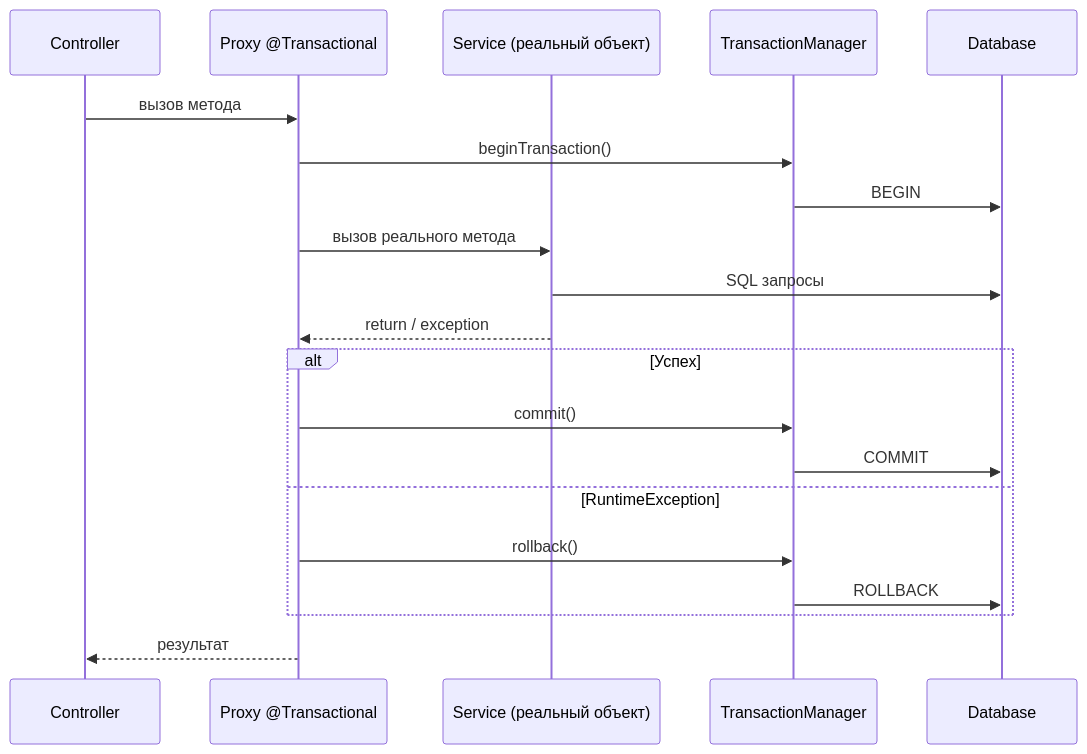
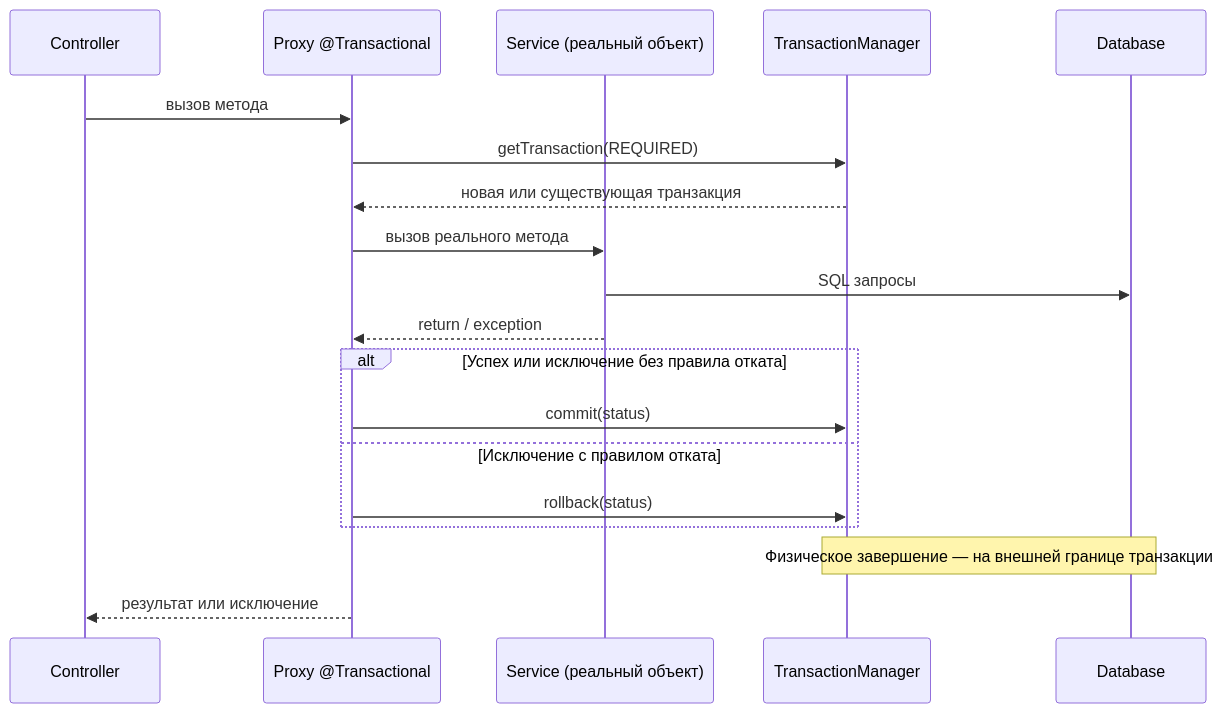
The third of 8 diagrams in cheatsheets/interview/frameworks/spring/spring-data-jpa-interview.md (akeverus/cheat-sheet), drawn with Mermaid before and after one commit. The commit also changed other lines of this file and 2 other files, not shown here.

Commit message:
docs(interview): correct JPA transaction proxy and propagation

````diff
--- a/cheatsheets/interview/frameworks/spring/spring-data-jpa-interview.md
+++ b/cheatsheets/interview/frameworks/spring/spring-data-jpa-interview.md
@@ -544,23 +544,22 @@
 ```mermaid
 sequenceDiagram
     participant C as Controller
     participant P as Proxy @Transactional
     participant S as Service (реальный объект)
     participant TM as TransactionManager
     participant DB as Database
 
     C->>P: вызов метода
-    P->>TM: beginTransaction()
-    TM->>DB: BEGIN
+    P->>TM: getTransaction(REQUIRED)
+    TM-->>P: новая или существующая транзакция
     P->>S: вызов реального метода
     S->>DB: SQL запросы
     S-->>P: return / exception
-    alt Успех
-        P->>TM: commit()
-        TM->>DB: COMMIT
-    else RuntimeException
-        P->>TM: rollback()
-        TM->>DB: ROLLBACK
+    alt Успех или исключение без правила отката
+        P->>TM: commit(status)
+    else Исключение с правилом отката
+        P->>TM: rollback(status)
     end
-    P-->>C: результат
+    Note over TM,DB: Физическое завершение — на внешней границе транзакции
+    P-->>C: результат или исключение
 ```
````
